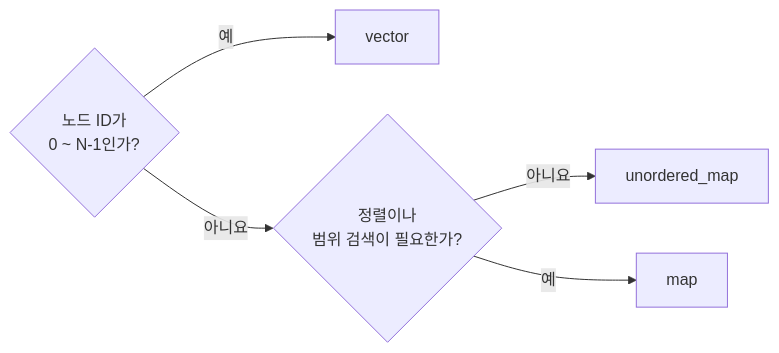
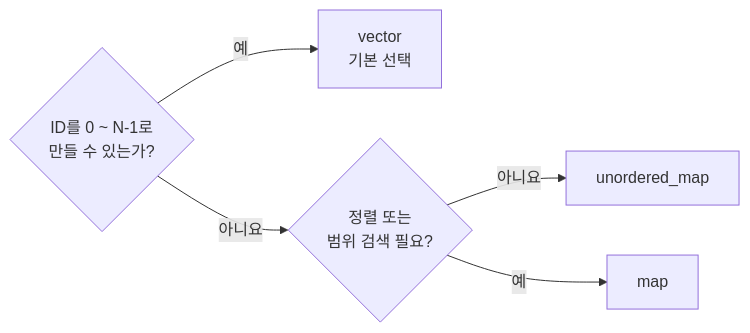
Before and after one commit to HyeseonLikesPizza/yeoeunseon: the second of 2 diagrams in yeoeunseon/윤여민/Computer Science/그래프 표현 방법과 컨테이너 선택.md, drawn with Mermaid. The commit also changed other lines of this file and 6 other files, not shown here.

````diff
--- a/yeoeunseon/윤여민/Computer Science/그래프 표현 방법과 컨테이너 선택.md
+++ b/yeoeunseon/윤여민/Computer Science/그래프 표현 방법과 컨테이너 선택.md
@@ -68,8 +142,8 @@
 ```mermaid
 flowchart LR
-    A{"노드 ID가<br/>0 ~ N-1인가?"}
-    A -->|예| V["vector"]
-    A -->|아니요| B{"정렬이나<br/>범위 검색이 필요한가?"}
+    A{"ID를 0 ~ N-1로<br/>만들 수 있는가?"}
+    A -->|예| V["vector<br/>기본 선택"]
+    A -->|아니요| B{"정렬 또는<br/>범위 검색 필요?"}
     B -->|아니요| U["unordered_map"]
     B -->|예| M["map"]
 ```
````
